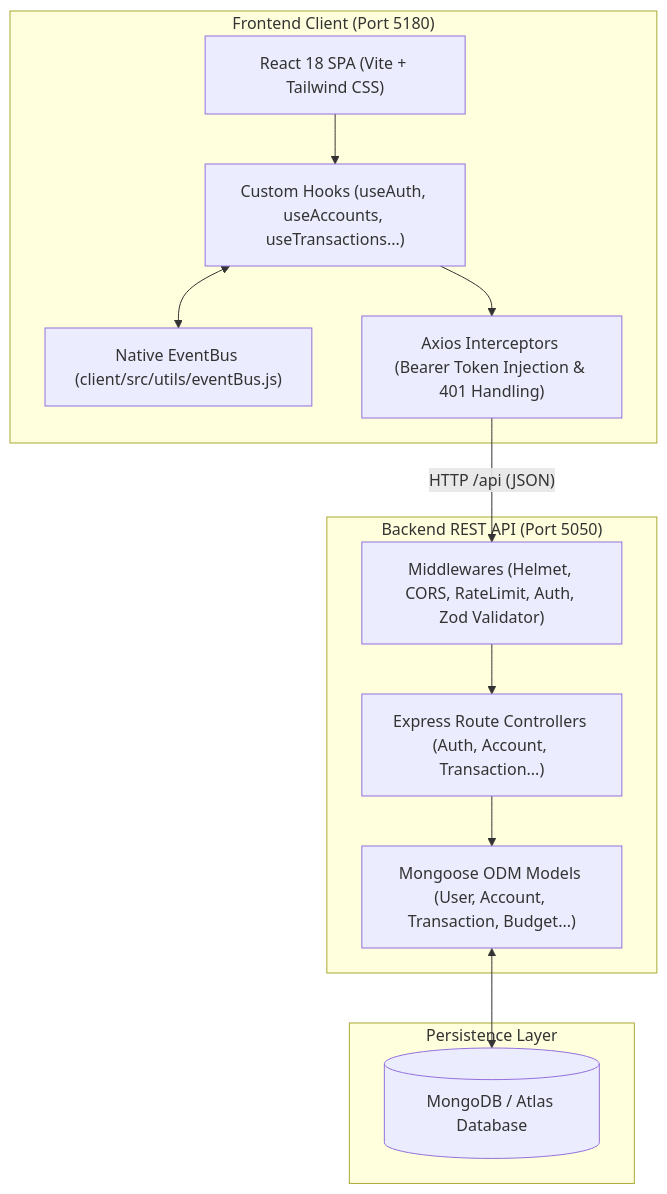
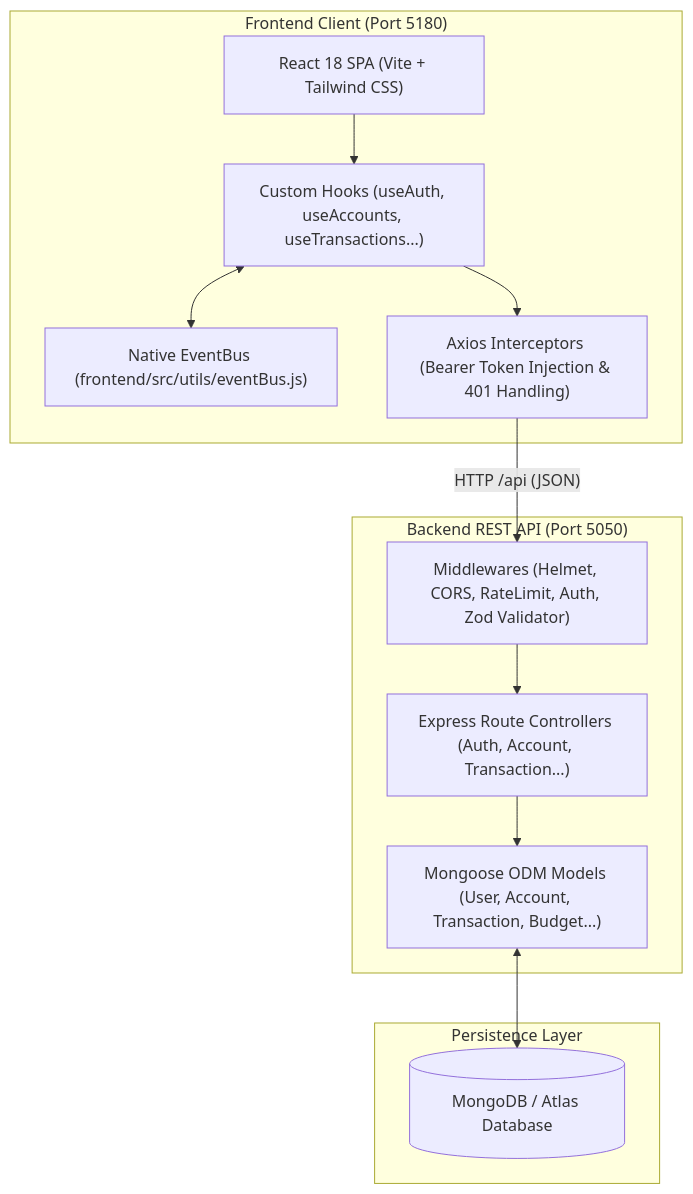
The diagram in README.md (Safdar077/MERN-Stack-Expence_tracker), drawn with Mermaid before and after one commit. The commit also changed other lines of this file and 143 other files, not shown here.

````diff
--- a/README.md
+++ b/README.md
@@ -35,28 +35,28 @@
 ```mermaid
 flowchart TD
     subgraph Client ["Frontend Client (Port 5180)"]
         UI["React 18 SPA (Vite + Tailwind CSS)"]
         Hooks["Custom Hooks (useAuth, useAccounts, useTransactions...)"]
-        EB["Native EventBus (client/src/utils/eventBus.js)"]
+        EB["Native EventBus (frontend/src/utils/eventBus.js)"]
         AxiosClient["Axios Interceptors (Bearer Token Injection & 401 Handling)"]
         
         UI --> Hooks
         Hooks <--> EB
         Hooks --> AxiosClient
     end
 
     subgraph Server ["Backend REST API (Port 5050)"]
         Middleware["Middlewares (Helmet, CORS, RateLimit, Auth, Zod Validator)"]
         Controllers["Express Route Controllers (Auth, Account, Transaction...)"]
         Models["Mongoose ODM Models (User, Account, Transaction, Budget...)"]
         
         AxiosClient -->|"HTTP /api (JSON)"| Middleware
         Middleware --> Controllers
         Controllers --> Models
     end
 
     subgraph Database ["Persistence Layer"]
         Mongo[("MongoDB / Atlas Database")]
         Models <--> Mongo
     end
 ```
````
